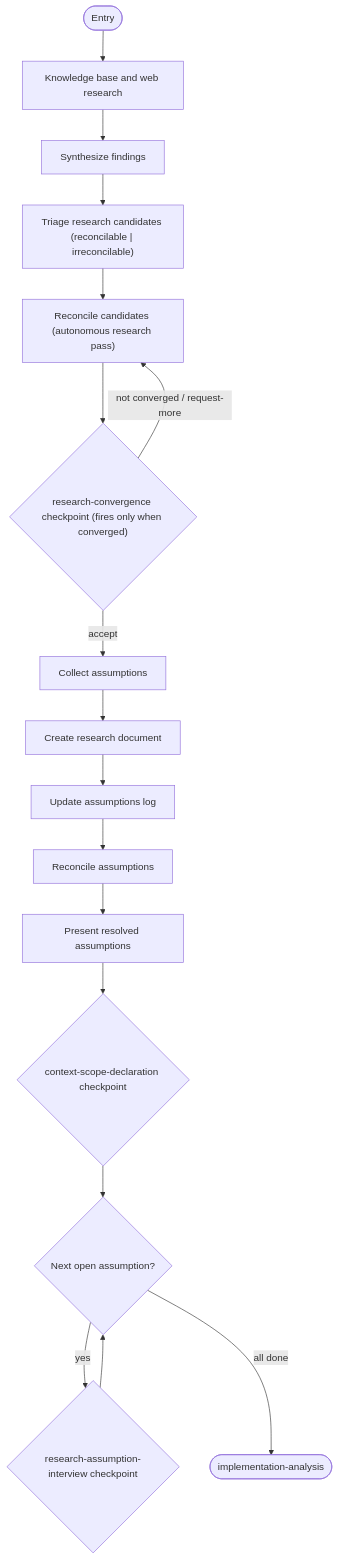
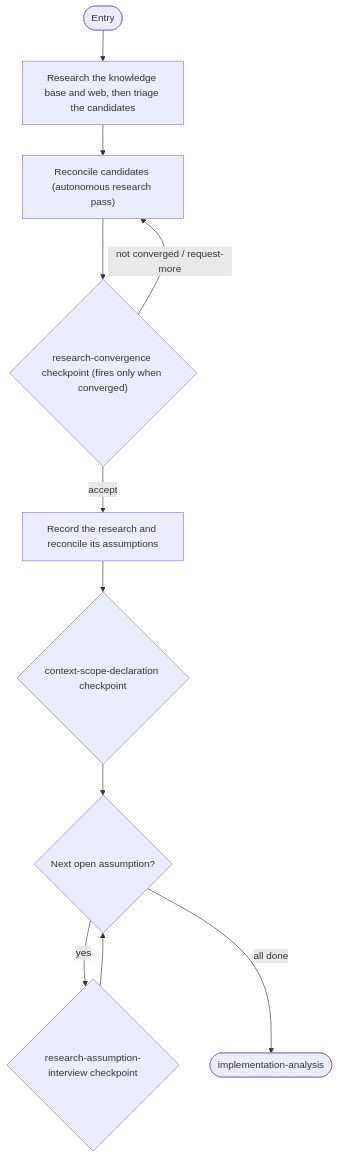
One commit to m2ux/workflow-server changed the fifth of 15 diagrams in work-package/activities/README.md. Above: the diagram before and after it, drawn with Mermaid. The commit also changed other lines of this file, not shown here.

First line of the commit message:
docs(work-package): group each activity diagram's straight runs into one block

````diff
--- a/work-package/activities/README.md
+++ b/work-package/activities/README.md
@@ -153,20 +137,14 @@
 ```mermaid
 graph TD
-    entryNode(["Entry"]) --> kbResearch["Knowledge base and web research"]
-    kbResearch --> synthesize["Synthesize findings"]
-    synthesize --> triageRes["Triage research candidates (reconcilable | irreconcilable)"]
-    triageRes --> reconcileRes["Reconcile candidates (autonomous research pass)"]
+    entryNode(["Entry"]) --> kbResearch["Research the knowledge base and web, then triage the candidates"]
+    kbResearch --> reconcileRes["Reconcile candidates (autonomous research pass)"]
     reconcileRes --> cpConverge{"research-convergence checkpoint (fires only when converged)"}
     cpConverge -->|"not converged / request-more"| reconcileRes
-    cpConverge -->|"accept"| collectAssumptions["Collect assumptions"]
+    cpConverge -->|"accept"| recordResearch["Record the research and reconcile its assumptions"]
 
-    collectAssumptions --> createDoc["Create research document"]
-    createDoc --> updateLog["Update assumptions log"]
-    updateLog --> reconcile["Reconcile assumptions"]
-    reconcile --> presentResolved["Present resolved assumptions"]
-    presentResolved --> cpScope{"context-scope-declaration checkpoint"}
+    recordResearch --> cpScope{"context-scope-declaration checkpoint"}
     cpScope --> interviewLoop{"Next open assumption?"}
     interviewLoop -->|"yes"| cpInterview{"research-assumption-interview checkpoint"}
     cpInterview --> interviewLoop
     interviewLoop -->|"all done"| exitNode(["implementation-analysis"])
 ```
````
